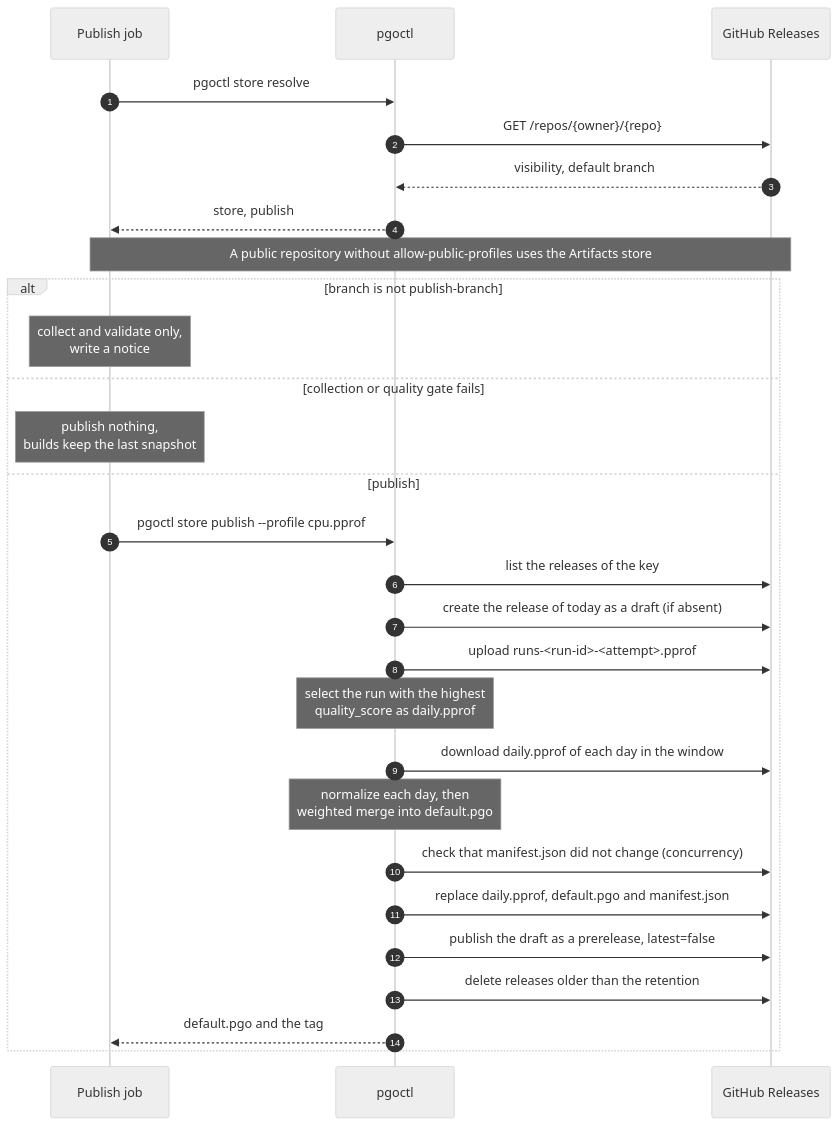
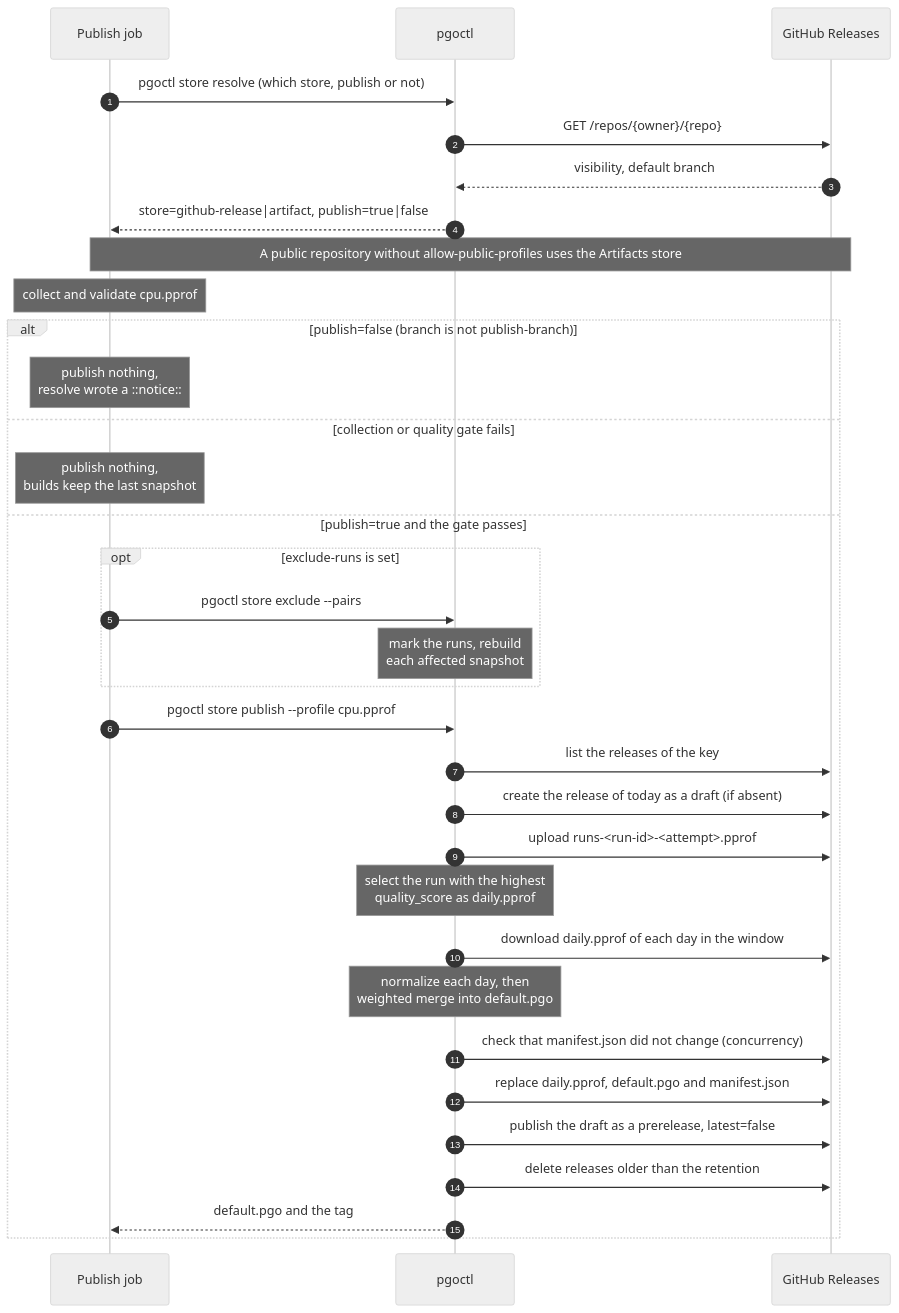
Before and after one commit to better-go-labs/pgoctl: the diagram in issue-62/4-publish.mmd, drawn with Mermaid (neutral theme). The commit also changed 9 other files, not shown here.

Commit message:
docs: sequence tags, immutable releases and review fixes in issue 62 diagrams

```diff
--- a/issue-62/4-publish.mmd
+++ b/issue-62/4-publish.mmd
@@ -1,28 +1,33 @@
 sequenceDiagram
   autonumber
   participant J as Publish job
   participant P as pgoctl
   participant G as GitHub Releases
-  J->>P: pgoctl store resolve
+  J->>P: pgoctl store resolve (which store, publish or not)
   P->>G: GET /repos/{owner}/{repo}
   G-->>P: visibility, default branch
-  P-->>J: store, publish
+  P-->>J: store=github-release|artifact, publish=true|false
   Note over J,G: A public repository without allow-public-profiles uses the Artifacts store
-  alt branch is not publish-branch
-    Note over J: collect and validate only,<br/>write a notice
+  Note over J: collect and validate cpu.pprof
+  alt publish=false (branch is not publish-branch)
+    Note over J: publish nothing,<br/>resolve wrote a ::notice::
   else collection or quality gate fails
     Note over J: publish nothing,<br/>builds keep the last snapshot
-  else publish
+  else publish=true and the gate passes
+    opt exclude-runs is set
+      J->>P: pgoctl store exclude --pairs
+      Note over P: mark the runs, rebuild<br/>each affected snapshot
+    end
     J->>P: pgoctl store publish --profile cpu.pprof
     P->>G: list the releases of the key
     P->>G: create the release of today as a draft (if absent)
     P->>G: upload runs-<run-id>-<attempt>.pprof
     Note over P: select the run with the highest<br/>quality_score as daily.pprof
     P->>G: download daily.pprof of each day in the window
     Note over P: normalize each day, then<br/>weighted merge into default.pgo
     P->>G: check that manifest.json did not change (concurrency)
     P->>G: replace daily.pprof, default.pgo and manifest.json
     P->>G: publish the draft as a prerelease, latest=false
     P->>G: delete releases older than the retention
     P-->>J: default.pgo and the tag
   end
```
